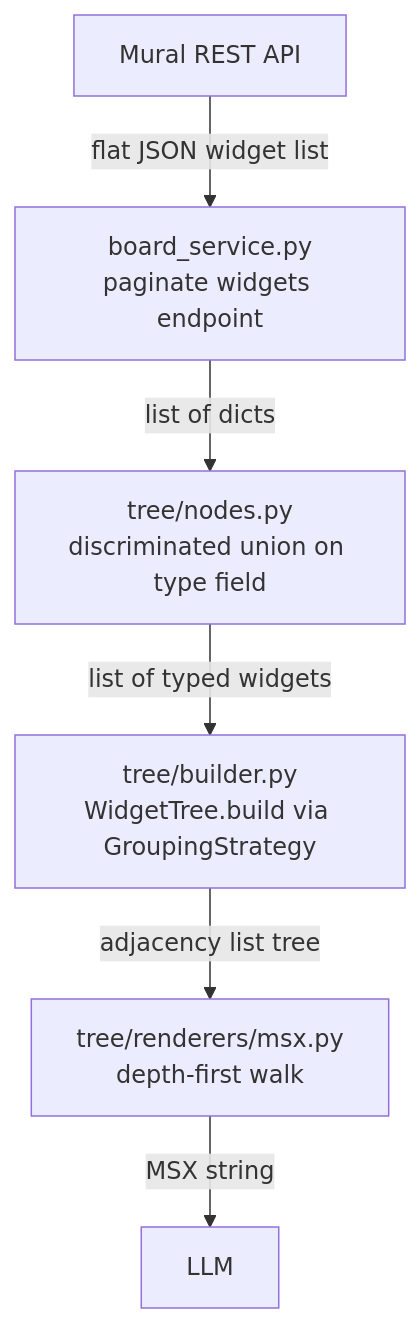
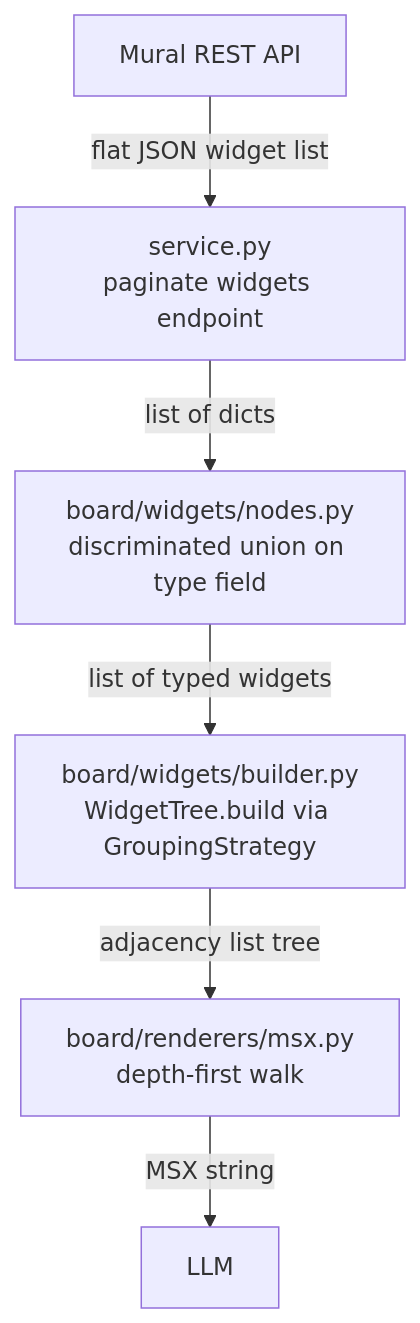
One commit to DEFRA/mural-mcp changed the third of 3 diagrams in README.md. Above: the diagram before and after it, drawn with Mermaid. The commit also changed other lines of this file and 163 other files, not shown here.

````diff
--- a/README.md
+++ b/README.md
@@ -97,8 +157,8 @@
 ```mermaid
 flowchart TD
-    A[Mural REST API] -->|flat JSON widget list| B["board_service.py<br/>paginate widgets endpoint"]
-    B -->|list of dicts| C["tree/nodes.py<br/>discriminated union on type field"]
-    C -->|list of typed widgets| D["tree/builder.py<br/>WidgetTree.build via GroupingStrategy"]
-    D -->|adjacency list tree| E["tree/renderers/msx.py<br/>depth-first walk"]
+    A[Mural REST API] -->|flat JSON widget list| B["service.py<br/>paginate widgets endpoint"]
+    B -->|list of dicts| C["board/widgets/nodes.py<br/>discriminated union on type field"]
+    C -->|list of typed widgets| D["board/widgets/builder.py<br/>WidgetTree.build via GroupingStrategy"]
+    D -->|adjacency list tree| E["board/renderers/msx.py<br/>depth-first walk"]
     E -->|MSX string| F[LLM]
 ```
````
